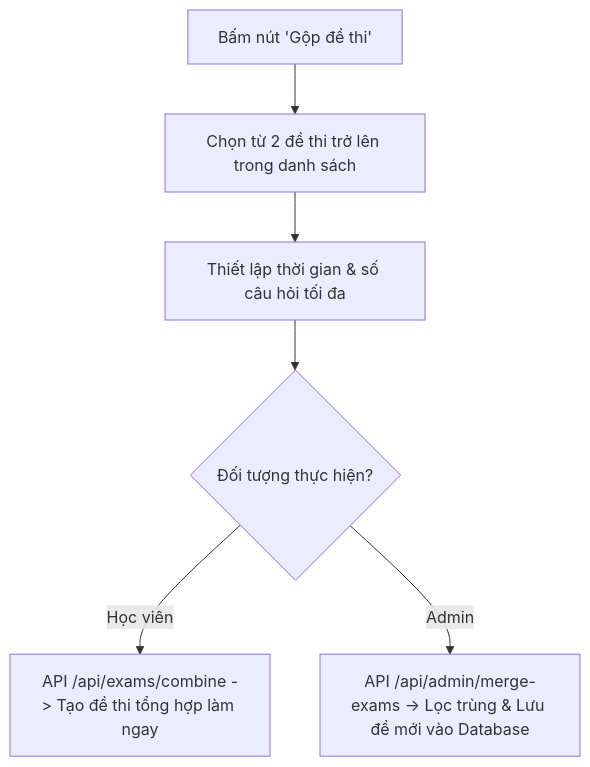
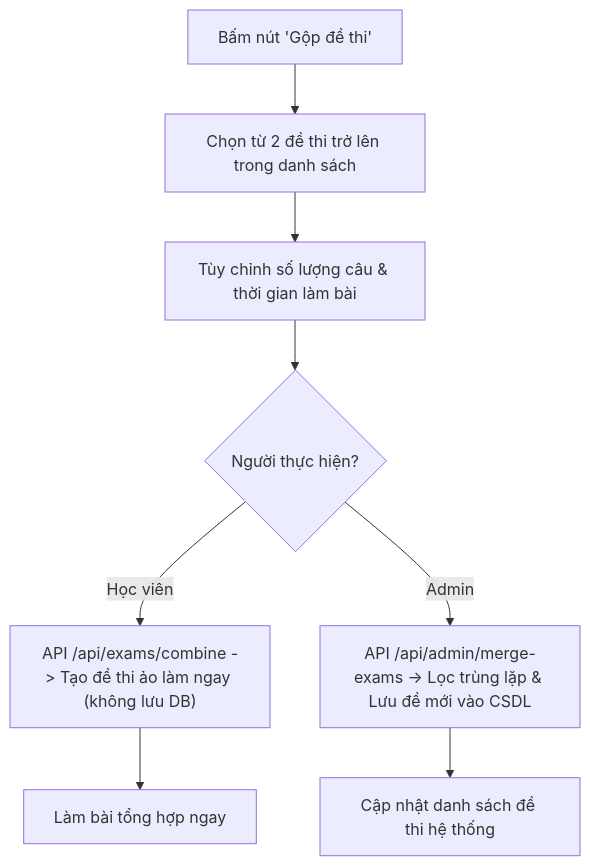
The fourth of 5 diagrams in README.md (PhucPhanHT/Tracnghiemfree), drawn with Mermaid before and after one commit. The commit also changed other lines of this file and 1 other file, not shown here.

````diff
--- a/README.md
+++ b/README.md
@@ -230,8 +247,12 @@
 ```mermaid
 flowchart TD
-    A["Bấm nút 'Gộp đề thi'"] --> B["Chọn từ 2 đề thi trở lên trong danh sách"]
-    B --> C["Thiết lập thời gian & số câu hỏi tối đa"]
-    C --> D{"Đối tượng thực hiện?"}
-    D -->|"Học viên"| E["API /api/exams/combine -> Tạo đề thi tổng hợp làm ngay"]
-    D -->|"Admin"| F["API /api/admin/merge-exams -> Lọc trùng & Lưu đề mới vào Database"]
+    Trigger["Bấm nút 'Gộp đề thi'"] --> PickExams["Chọn từ 2 đề thi trở lên trong danh sách"]
+    PickExams --> SetConfig["Tùy chỉnh số lượng câu & thời gian làm bài"]
+    SetConfig --> UserRole{"Người thực hiện?"}
+    
+    UserRole -->|"Học viên"| VirtualExam["API /api/exams/combine -> Tạo đề thi ảo làm ngay (không lưu DB)"]
+    UserRole -->|"Admin"| PersistExam["API /api/admin/merge-exams -> Lọc trùng lặp & Lưu đề mới vào CSDL"]
+    
+    VirtualExam --> DoTest["Làm bài tổng hợp ngay"]
+    PersistExam --> DBUpdated["Cập nhật danh sách đề thi hệ thống"]
 ```
````
